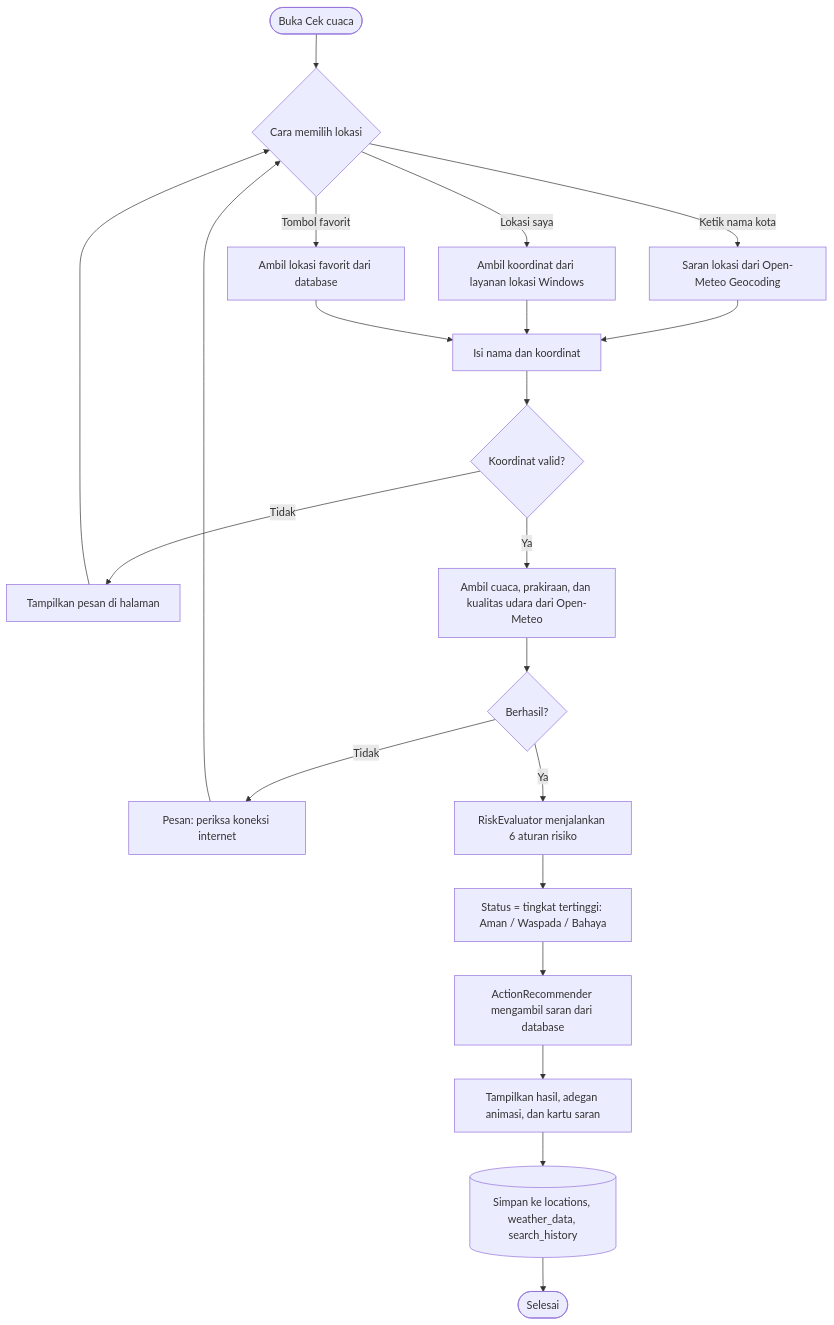
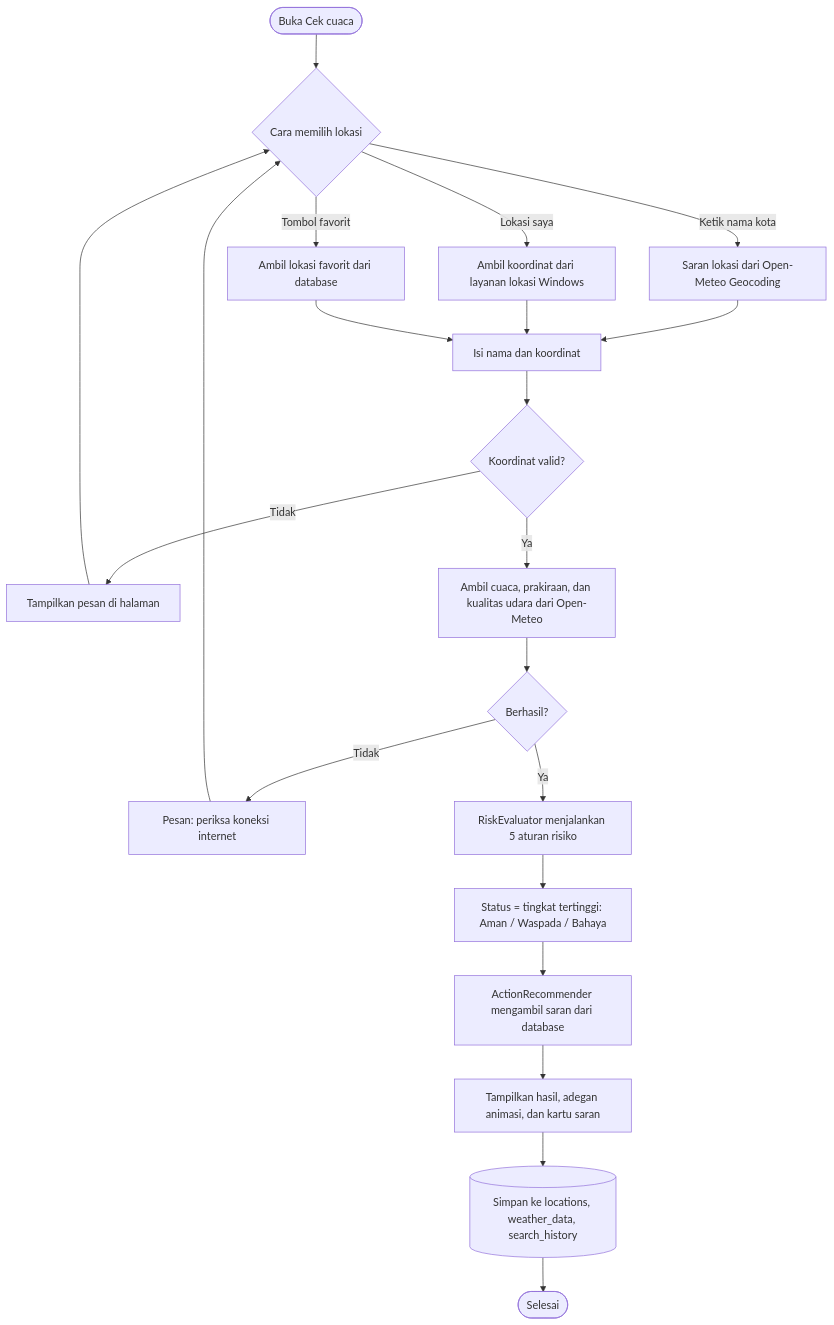
Before and after one commit to dnday/Junpro6: the diagram in docs/diagram/alur-cek-cuaca.mmd, drawn with Mermaid. The commit also changed 13 other files, not shown here.

Commit message:
feat: ambang aturan risiko mengikuti BMKG dan jurnal

```diff
--- a/docs/diagram/alur-cek-cuaca.mmd
+++ b/docs/diagram/alur-cek-cuaca.mmd
@@ -1,19 +1,19 @@
 flowchart TD
     A([Buka Cek cuaca]) --> B{Cara memilih lokasi}
     B -->|Ketik nama kota| C[Saran lokasi dari Open-Meteo Geocoding]
     B -->|Lokasi saya| D[Ambil koordinat dari layanan lokasi Windows]
     B -->|Tombol favorit| E[Ambil lokasi favorit dari database]
     C --> F[Isi nama dan koordinat]
     D --> F
     E --> F
     F --> G{Koordinat valid?}
     G -->|Tidak| H[Tampilkan pesan di halaman] --> B
     G -->|Ya| I[Ambil cuaca, prakiraan, dan kualitas udara dari Open-Meteo]
     I --> J{Berhasil?}
     J -->|Tidak| K[Pesan: periksa koneksi internet] --> B
-    J -->|Ya| L[RiskEvaluator menjalankan 6 aturan risiko]
+    J -->|Ya| L[RiskEvaluator menjalankan 5 aturan risiko]
     L --> M[Status = tingkat tertinggi: Aman / Waspada / Bahaya]
     M --> N[ActionRecommender mengambil saran dari database]
     N --> O[Tampilkan hasil, adegan animasi, dan kartu saran]
     O --> P[(Simpan ke locations, weather_data, search_history)]
     P --> Q([Selesai])
```
